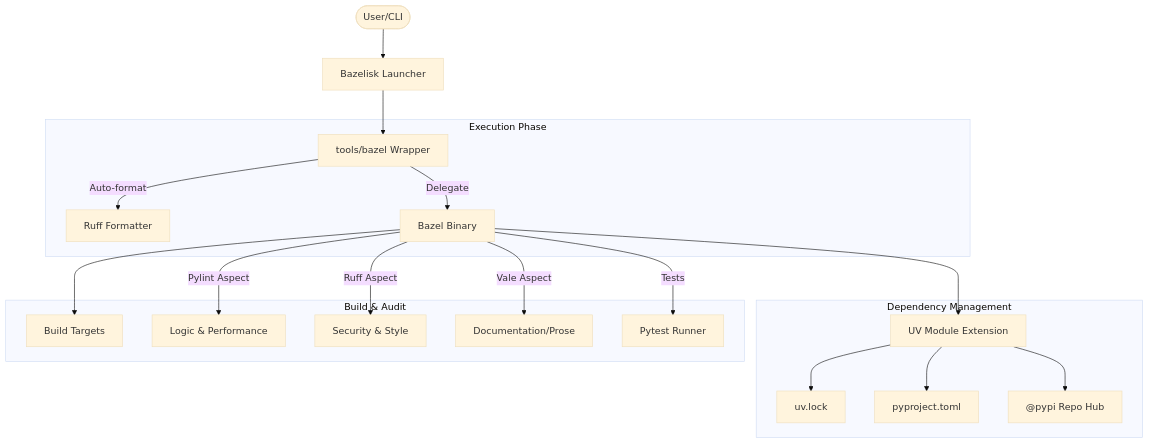
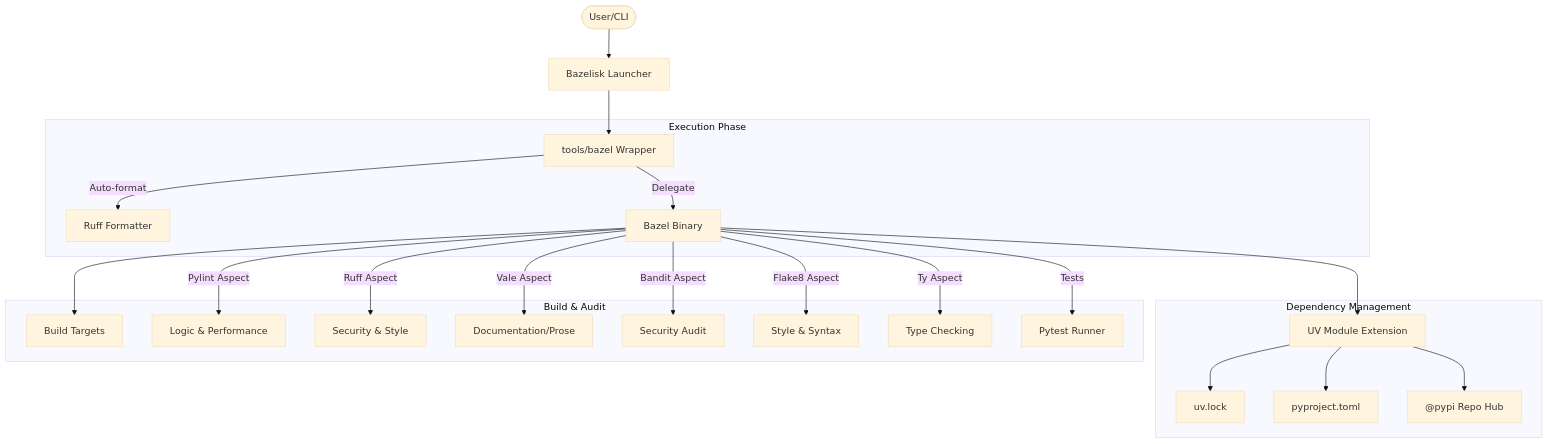
The diagram in build-architecture.md (craigdbarber/python-aspect-rules), drawn with Mermaid (base theme) before and after one commit. The commit also changed other lines of this file and 14 other files, not shown here.

````diff
--- a/build-architecture.md
+++ b/build-architecture.md
@@ -15,25 +15,28 @@
 ```mermaid
 flowchart TD
     User(["User/CLI"]) --> Bazelisk["Bazelisk Launcher"]
     Bazelisk --> Wrapper["tools/bazel Wrapper"]
     
     subgraph EXEC ["Execution Phase"]
         Wrapper -->|"Auto-format"| RuffFmt["Ruff Formatter"]
         Wrapper -->|"Delegate"| BazelBin["Bazel Binary"]
     end
     
     subgraph DEP ["Dependency Management"]
         BazelBin --> UVExt["UV Module Extension"]
         UVExt --> UVLock["uv.lock"]
         UVExt --> PyProject["pyproject.toml"]
         UVExt --> Hub["@pypi Repo Hub"]
     end
     
     subgraph AUDIT ["Build & Audit"]
         BazelBin --> Targets["Build Targets"]
         BazelBin -->|"Pylint Aspect"| Pylint["Logic & Performance"]
         BazelBin -->|"Ruff Aspect"| Ruff["Security & Style"]
         BazelBin -->|"Vale Aspect"| ValeAspect["Documentation/Prose"]
+        BazelBin -->|"Bandit Aspect"| Bandit["Security Audit"]
+        BazelBin -->|"Flake8 Aspect"| Flake8["Style & Syntax"]
+        BazelBin -->|"Ty Aspect"| Ty["Type Checking"]
         BazelBin -->|"Tests"| Pytest["Pytest Runner"]
     end
 ```
````
